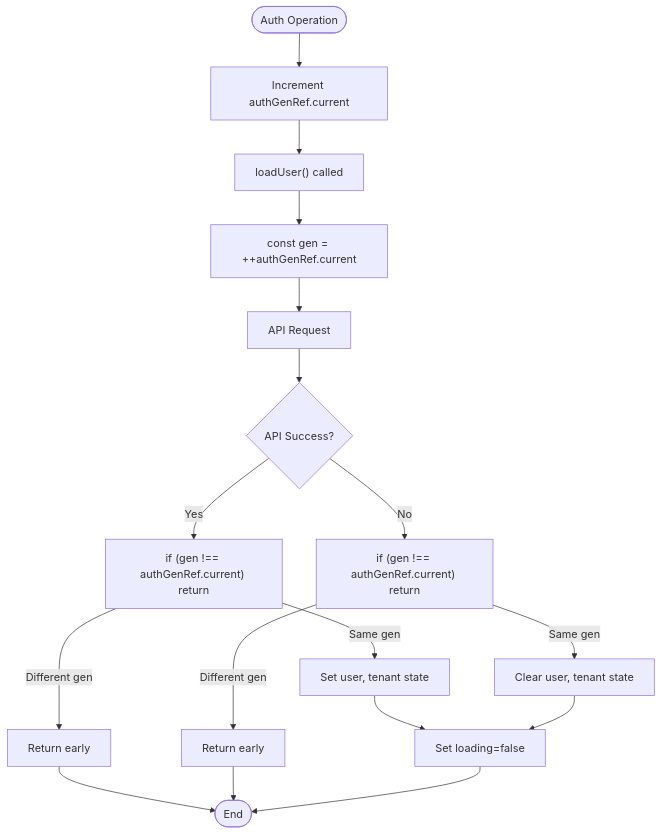
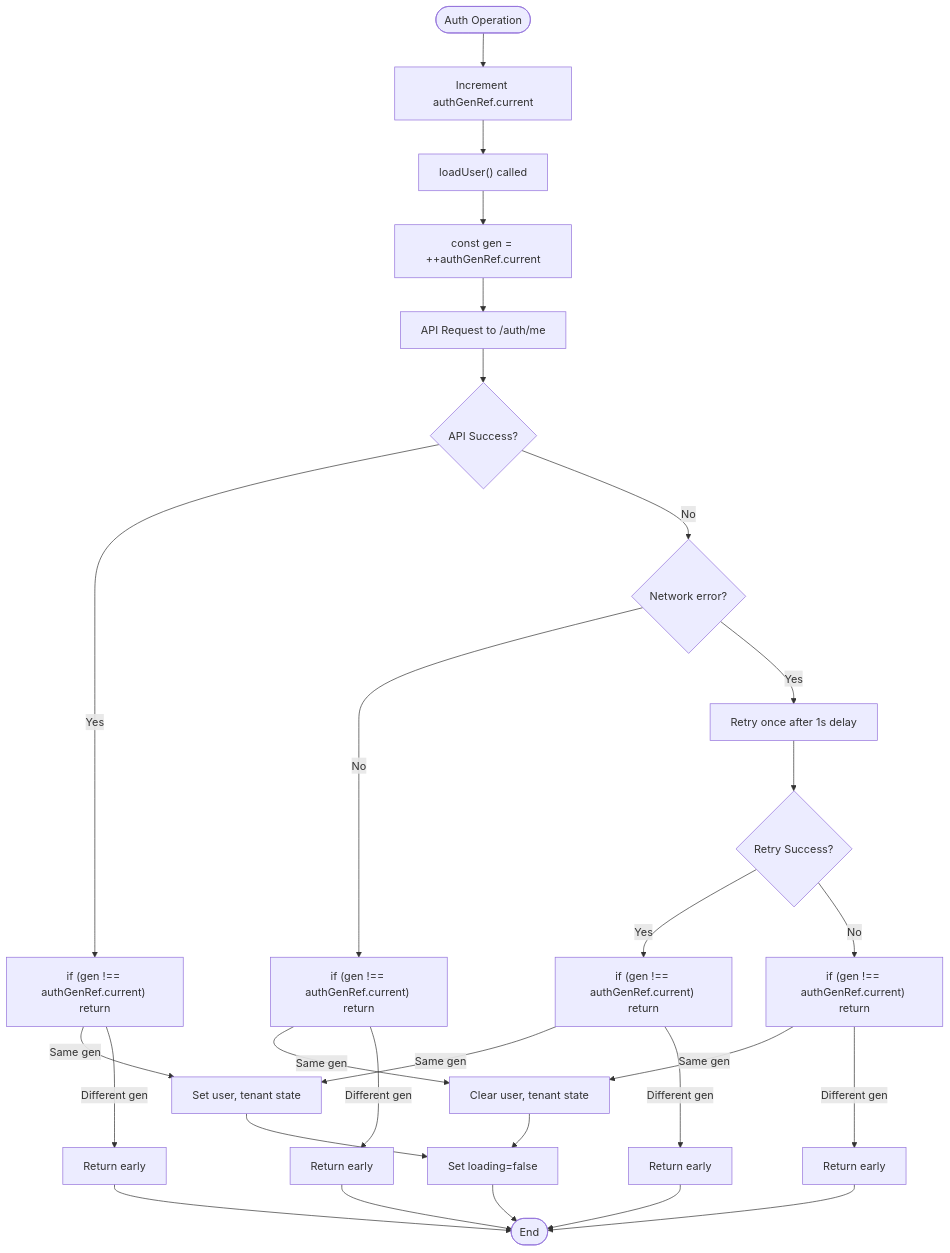
Before and after one commit to Revanththetalogics/aireume: the fifth of 13 diagrams in .qoder/repowiki/en/content/Authentication & Authorization/Frontend Authentication Context.md, drawn with Mermaid. The commit also changed other lines of this file and 15 other files, not shown here.

````diff
--- a/.qoder/repowiki/en/content/Authentication & Authorization/Frontend Authentication Context.md
+++ b/.qoder/repowiki/en/content/Authentication & Authorization/Frontend Authentication Context.md
@@ -226,19 +285,30 @@
 ```mermaid
 flowchart TD
 Start(["Auth Operation"]) --> IncGen["Increment authGenRef.current"]
 IncGen --> LoadUser["loadUser() called"]
 LoadUser --> GenCheck["const gen = ++authGenRef.current"]
-GenCheck --> APIReq["API Request"]
+GenCheck --> APIReq["API Request to /auth/me"]
 APIReq --> APISuccess{"API Success?"}
 APISuccess --> |Yes| GenCompare["if (gen !== authGenRef.current) return"]
 GenCompare --> |Same gen| SetState["Set user, tenant state"]
 GenCompare --> |Different gen| Return["Return early"]
-APISuccess --> |No| GenCompare2["if (gen !== authGenRef.current) return"]
+APISuccess --> |No| CheckError{"Network error?"}
+CheckError --> |No| GenCompare2["if (gen !== authGenRef.current) return"]
 GenCompare2 --> |Same gen| ClearState["Clear user, tenant state"]
 GenCompare2 --> |Different gen| Return2["Return early"]
+CheckError --> |Yes| RetryOnce["Retry once after 1s delay"]
+RetryOnce --> RetrySuccess{"Retry Success?"}
+RetrySuccess --> |Yes| GenCompare3["if (gen !== authGenRef.current) return"]
+GenCompare3 --> |Same gen| SetState
+GenCompare3 --> |Different gen| Return3["Return early"]
+RetrySuccess --> |No| GenCompare4["if (gen !== authGenRef.current) return"]
+GenCompare4 --> |Same gen| ClearState
+GenCompare4 --> |Different gen| Return4["Return early"]
 SetState --> LoadingFalse["Set loading=false"]
 ClearState --> LoadingFalse
 Return --> End(["End"])
 Return2 --> End
+Return3 --> End
+Return4 --> End
 LoadingFalse --> End
 ```
````
